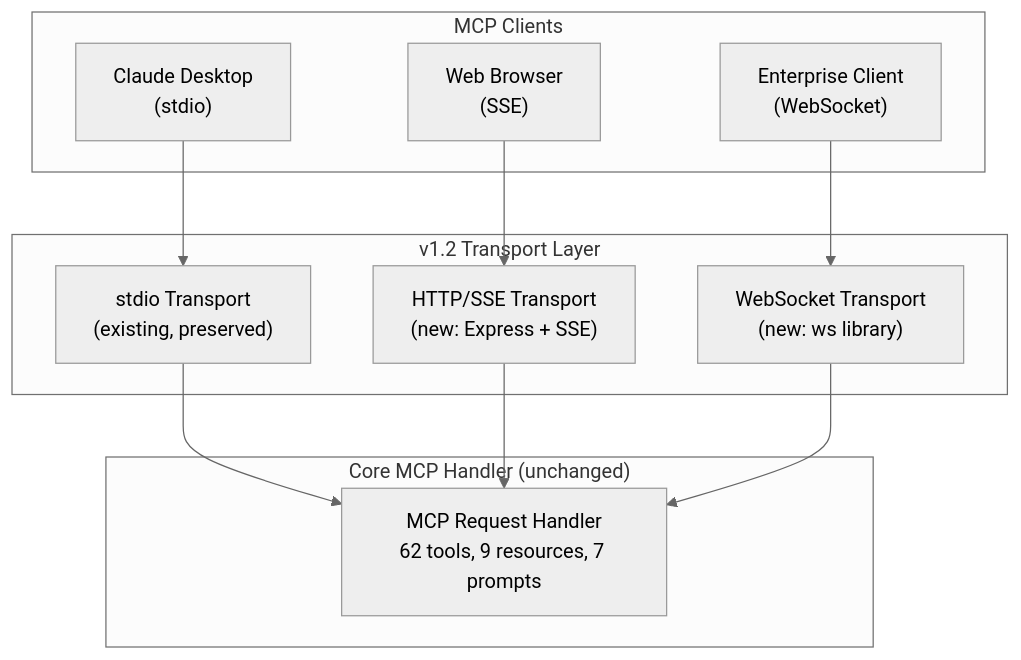
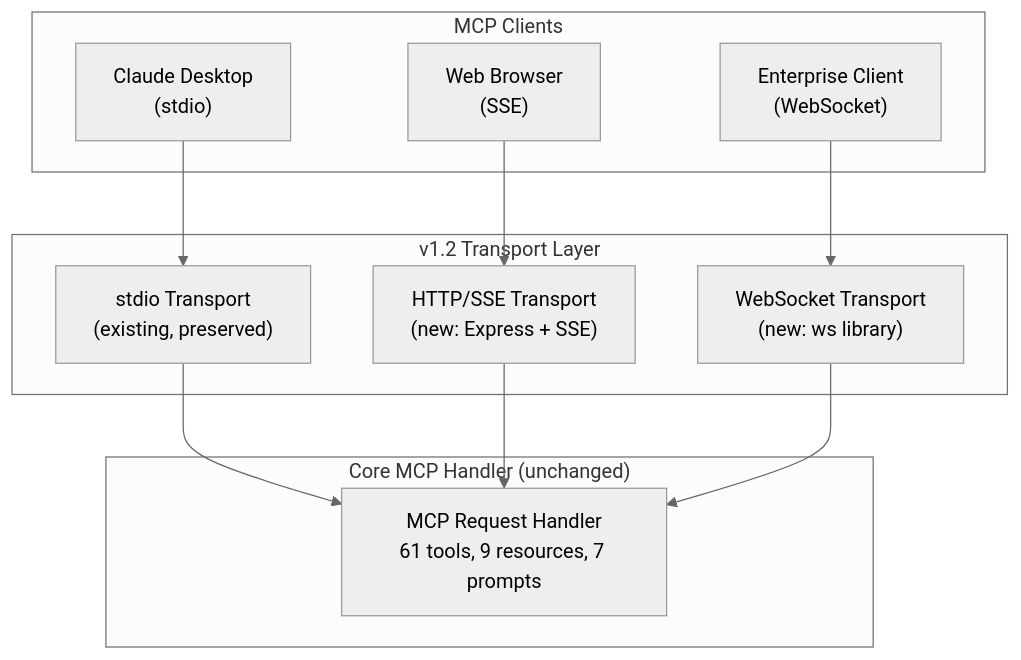
The third of 4 diagrams in FUTURE_ARCHITECTURE.md (Hack23/European-Parliament-MCP-Server), drawn with Mermaid (neutral theme) before and after one commit. The commit also changed other lines of this file and 15 other files, not shown here.

Commit message:
docs: fix tool count 62→61 (correct actual withCategory invocations), fix component diagram with feed tools

````diff
--- a/FUTURE_ARCHITECTURE.md
+++ b/FUTURE_ARCHITECTURE.md
@@ -146,25 +146,25 @@
 ```mermaid
 flowchart TD
     subgraph Transports["v1.2 Transport Layer"]
         STDIO["stdio Transport\n(existing, preserved)"]
         HTTP["HTTP/SSE Transport\n(new: Express + SSE)"]
         WS["WebSocket Transport\n(new: ws library)"]
     end
 
     subgraph Clients["MCP Clients"]
         LOCAL["Claude Desktop\n(stdio)"]
         WEB["Web Browser\n(SSE)"]
         ENT["Enterprise Client\n(WebSocket)"]
     end
 
     subgraph Core["Core MCP Handler (unchanged)"]
-        HANDLER["MCP Request Handler\n62 tools, 9 resources, 7 prompts"]
+        HANDLER["MCP Request Handler\n61 tools, 9 resources, 7 prompts"]
     end
 
     LOCAL --> STDIO
     WEB --> HTTP
     ENT --> WS
     STDIO --> HANDLER
     HTTP --> HANDLER
     WS --> HANDLER
 ```
````
